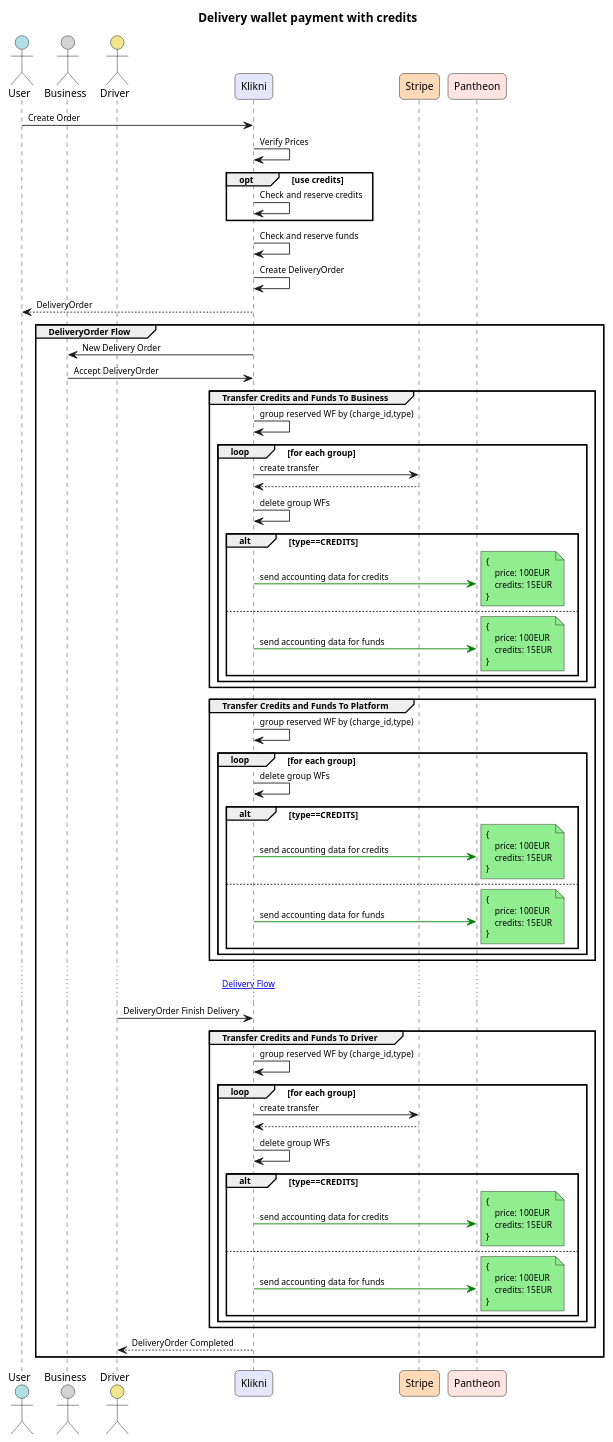
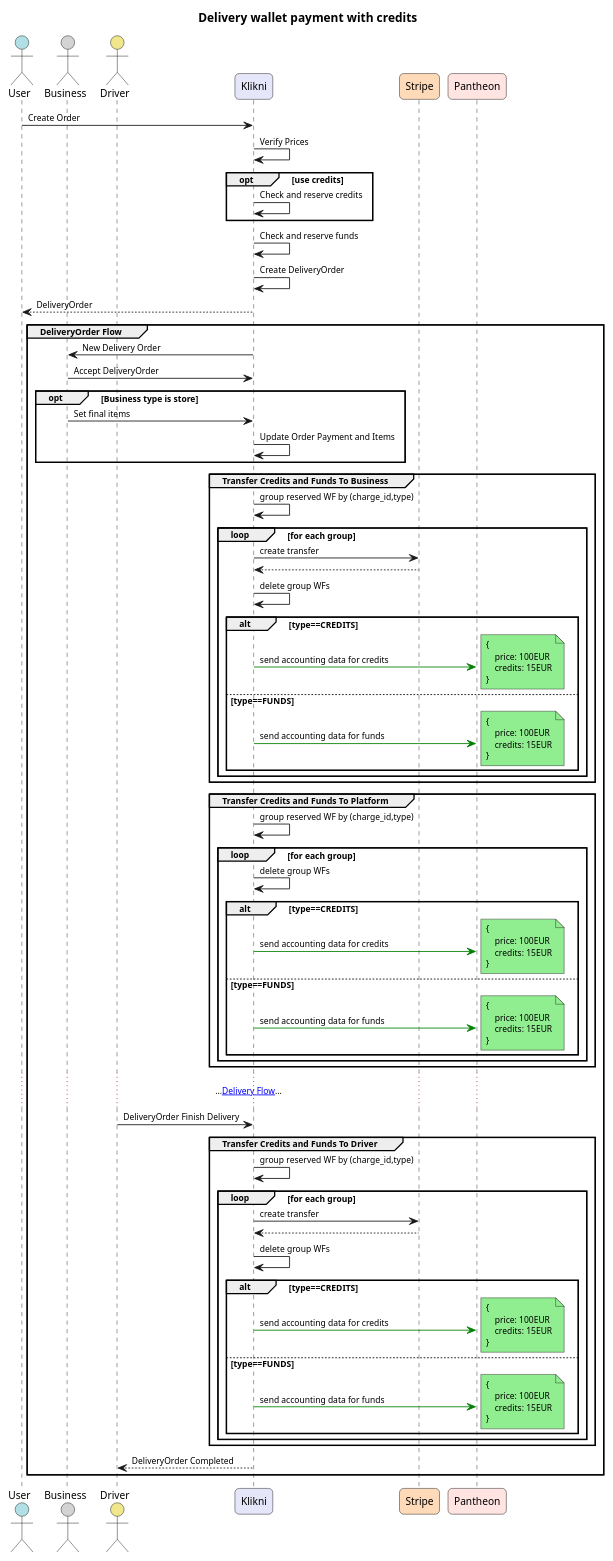
The diagram in docs/docs/diagrams/Pantheon/Delivery/DeliveryWallet.puml (pbozic/be-analyisis), drawn with PlantUML before and after one commit. The commit also changed 24 other files, not shown here.

```diff
--- a/docs/docs/diagrams/Pantheon/Delivery/DeliveryWallet.puml
+++ b/docs/docs/diagrams/Pantheon/Delivery/DeliveryWallet.puml
@@ -1,151 +1,155 @@
-@startuml 
+@startuml DeliveryWallet
 title Delivery wallet payment with credits
 
 ' === Page / Resolution ===
 
 ' === Compact Sequence Styling ===
 skinparam defaultFontSize 10
 skinparam sequence {
     MessageSpacing 15
     ParticipantSpacing 50
 }
 
 ' === Actor / Participant Styling ===
 skinparam actor {
     FontName Arial
     FontSize 12
     BorderColor Black
     BackgroundColor #ADD8E6
     RoundCorner 10
     MinWidth 120
     MinHeight 120
 }
 
 skinparam participant {
     FontName Arial
     FontSize 12
     BorderColor Black
     RoundCorner 10
     MinWidth 140
     MinHeight 100
 }
 
 ' === Participant Colors ===
 ' Use stereotypes for coloring specific entities
 actor User as user #B0E0E6
 actor Business as business #D3D3D3
 actor Driver as driver #F0E68C
 participant Klikni as klikni #E6E6FA
 participant Stripe as stripe #FFDAB9
 participant Pantheon as pantheon #FFE4E1
 
 ' === Sequence Example ===
 user -> klikni: Create Order
 klikni -> klikni: Verify Prices
 opt use credits
     klikni -> klikni: Check and reserve credits
 end
 klikni -> klikni: Check and reserve funds
 klikni -> klikni: Create DeliveryOrder
 klikni --> user: DeliveryOrder
 
 group DeliveryOrder Flow
     klikni -> business: New Delivery Order
     business -> klikni: Accept DeliveryOrder
+    opt Business type is store
+        business -> klikni: Set final items
+        klikni -> klikni: Update Order Payment and Items
+    end
     group Transfer Credits and Funds To Business
         klikni->klikni: group reserved WF by (charge_id,type)
         loop for each group
             klikni->stripe: create transfer
             klikni<--stripe
             klikni->klikni: delete group WFs
             alt type==CREDITS
                 klikni -[#green]> pantheon: send accounting data for credits
                 note right #LightGreen
                 {
                     price: 100EUR
                     credits: 15EUR
                 }
                 end note
-            else
+            else type==FUNDS
                 klikni -[#green]> pantheon: send accounting data for funds
                 note right #LightGreen
                 {
                     price: 100EUR
                     credits: 15EUR
                 }
                 end note
             end
 
         end
 
     end
     group Transfer Credits and Funds To Platform
         klikni->klikni: group reserved WF by (charge_id,type)
         loop for each group
             klikni->klikni: delete group WFs
             alt type==CREDITS
                 klikni -[#green]> pantheon: send accounting data for credits
                 note right #LightGreen
                 {
                     price: 100EUR
                     credits: 15EUR
                 }
                 end note
-            else
+            else type==FUNDS
                 klikni -[#green]> pantheon: send accounting data for funds
                 note right #LightGreen
                 {
                     price: 100EUR
                     credits: 15EUR
                 }
                 end note
             end
 
         end
 
     end
-    ... [[http://plantuml.com Delivery Flow]]  ...
+    ... ...[[http://plantuml.com Delivery Flow]]...  ...
 
     ' par
     '     klikni -> klikni: Find DeliveryDriver
     '     klikni -> driver: DeliveryOrder
     '     driver -> klikni: Accept DeliveryOrder
     ' else
     '     business -> klikni: DeliveryOrder Ready
     ' end
     ' driver -> klikni: DeliveryOrder Picked Up
     ' driver -> klikni: DeliveryOrder In Delivery
     ' driver -> klikni: DeliveryOrder At Location
     driver -> klikni: DeliveryOrder Finish Delivery
 
     group Transfer Credits and Funds To Driver
         klikni->klikni: group reserved WF by (charge_id,type)
         loop for each group
             klikni->stripe: create transfer
             klikni<--stripe
             klikni->klikni: delete group WFs
 
             alt type==CREDITS
                 klikni -[#green]> pantheon: send accounting data for credits
                 note right #LightGreen
                 {
                     price: 100EUR
                     credits: 15EUR
                 }
                 end note
-            else
+            else type==FUNDS
                 klikni -[#green]> pantheon: send accounting data for funds
                 note right #LightGreen
                 {
                     price: 100EUR
                     credits: 15EUR
                 }
                 end note
             end
         end
     end
 
     klikni --> driver: DeliveryOrder Completed
 end
 
 @enduml
```
